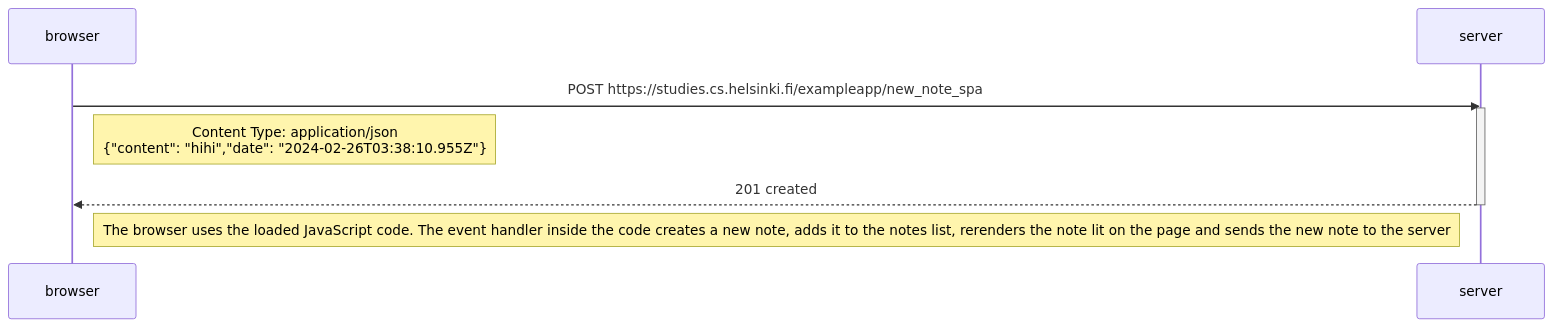
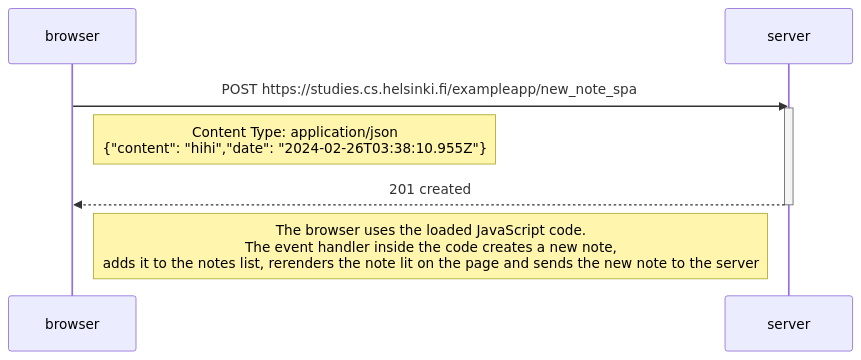
Before and after one commit to tamncheese/fullStackOpen: the diagram in part0/0.6sequenceDiagram.md, drawn with Mermaid.

Commit message:
resubmit 0.6

````diff
--- a/part0/0.6sequenceDiagram.md
+++ b/part0/0.6sequenceDiagram.md
@@ -2,15 +2,15 @@
 ```mermaid
 sequenceDiagram
     participant browser
     participant server
 
     browser->>server: POST https://studies.cs.helsinki.fi/exampleapp/new_note_spa
     activate server
 
-    Note right of browser: Content Type: application/json <br> {"content": "hihi","date": "2024-02-26T03:38:10.955Z"}
+    Note right of browser: Content Type: application/json <br/> {"content": "hihi","date": "2024-02-26T03:38:10.955Z"}
 
     server-->>browser: 201 created
     deactivate server
 
-    Note right of browser: The browser uses the loaded JavaScript code. The event handler inside the code creates a new note, adds it to the notes list, rerenders the note lit on the page and sends the new note to the server
+    Note right of browser: The browser uses the loaded JavaScript code.<br/>The event handler inside the code creates a new note, <br/>adds it to the notes list, rerenders the note lit on the page and sends the new note to the server
 ```
````
